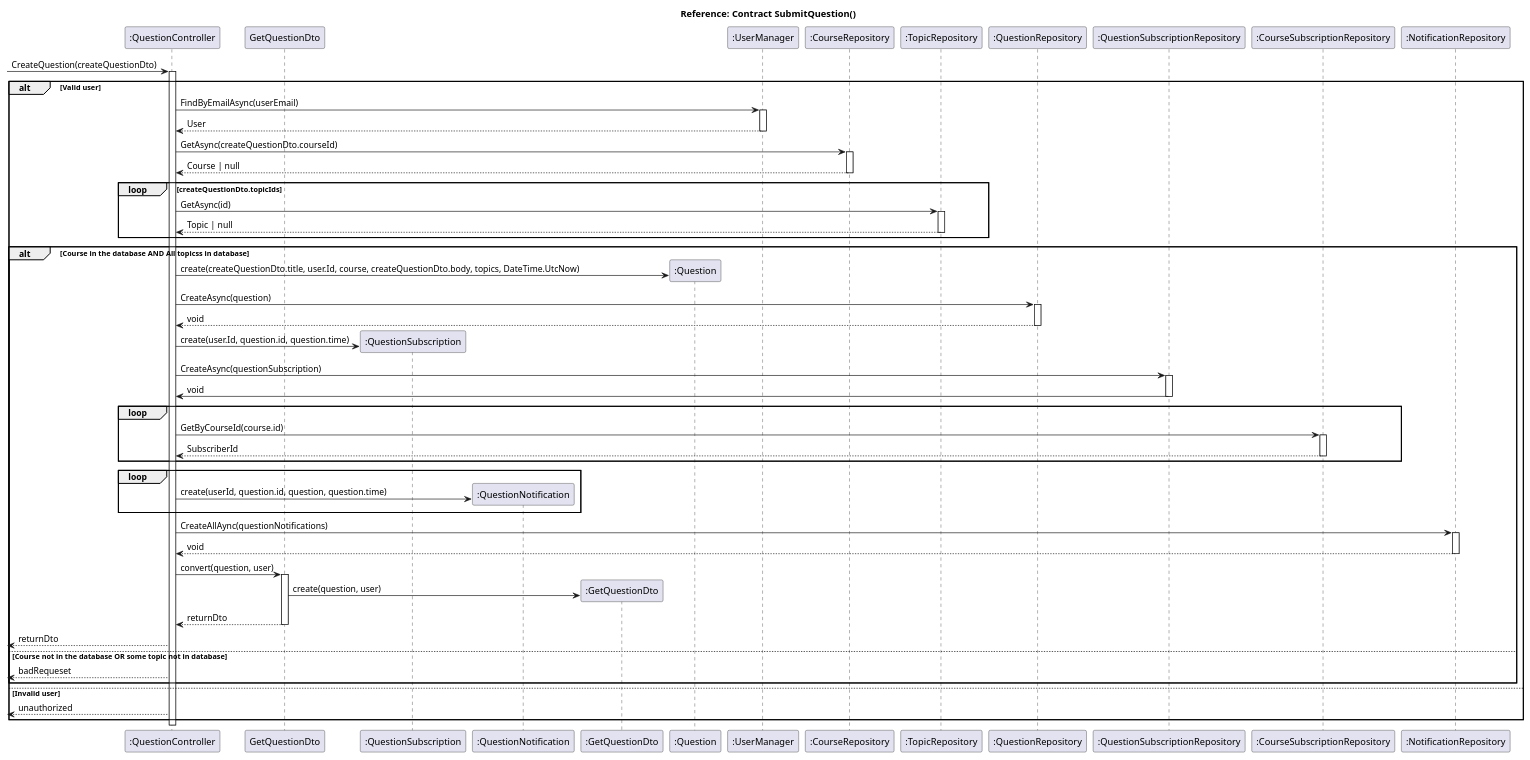
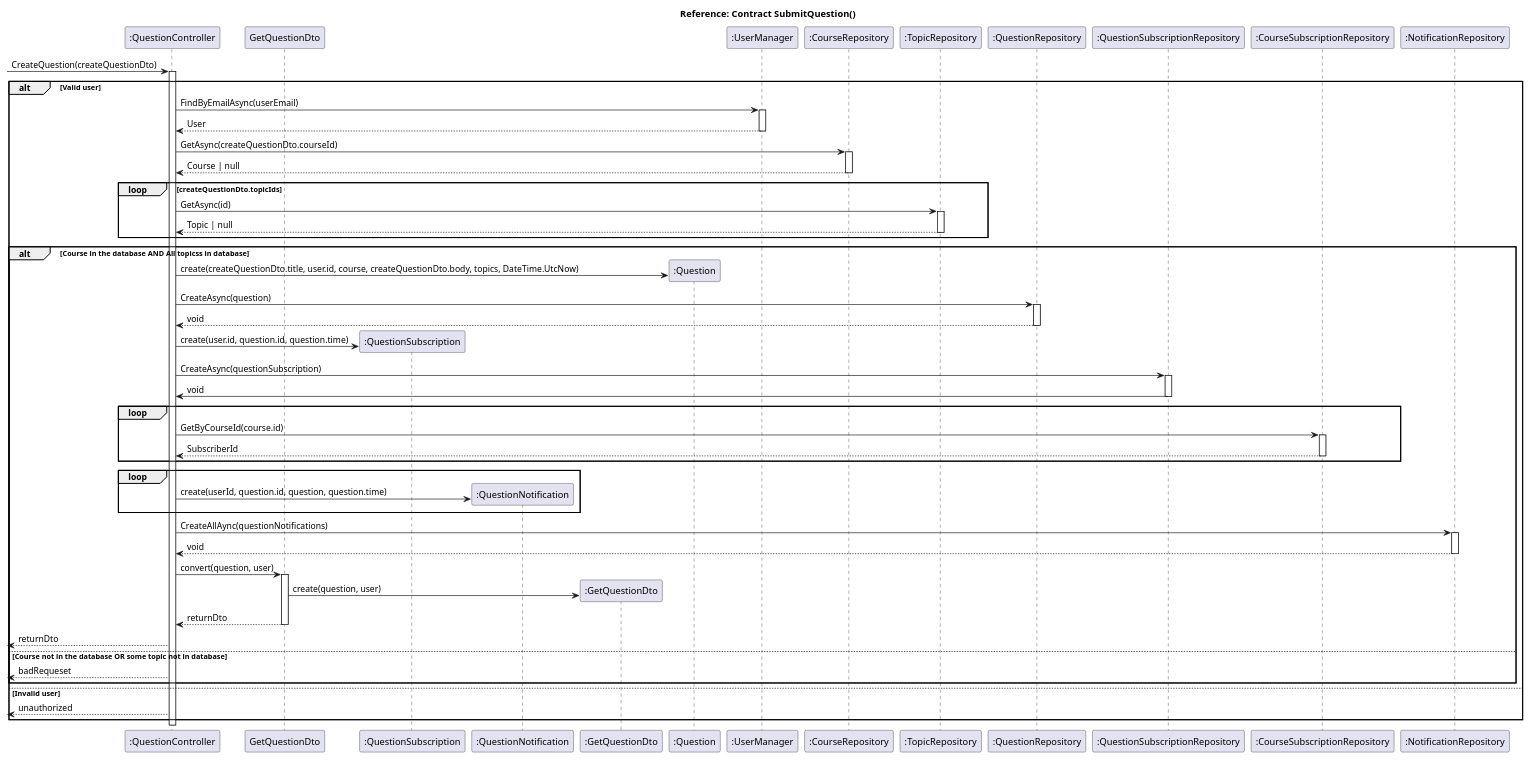
One commit to Singh-Kiran-P/StuNet changed the diagram in Diagrams/Sequence_Diagrams/ask_question.puml. Above: the diagram before and after it, drawn with PlantUML.

Commit message:
docs: Edit ask_question SD

```diff
--- a/Diagrams/Sequence_Diagrams/ask_question.puml
+++ b/Diagrams/Sequence_Diagrams/ask_question.puml
@@ -1,86 +1,86 @@
 @startuml Ask question
 participant ":QuestionController" as questionController
 participant GetQuestionDto as GetQuestionDto
 participant ":QuestionSubscription" as questionSubscription
 participant ":QuestionNotification" as questionNotification
 participant ":GetQuestionDto" as getQuestionDto
 participant ":Question" as question
 participant ":UserManager" as userManager
 participant ":CourseRepository" as courseRepository
 participant ":TopicRepository" as topicRepository
 participant ":QuestionRepository" as questionRepository
 participant ":QuestionSubscriptionRepository" as questionSubscriptionRepository
 participant ":CourseSubscriptionRepository" as courseSubscriptionRepository
 participant ":NotificationRepository" as notificationRepository
 
 ' DataContext-[hidden]->DataContext
 
 title Reference: Contract SubmitQuestion()
 
 -> questionController: CreateQuestion(createQuestionDto)
 activate questionController
 alt Valid user
 	questionController -> userManager: FindByEmailAsync(userEmail)
 	activate userManager
 	questionController <-- userManager: User
 	' TO-ASK: User|null of gewoon User?
 	deactivate userManager
 
 	questionController -> courseRepository: GetAsync(createQuestionDto.courseId)
 	activate courseRepository
 	courseRepository --> questionController: Course | null
 	deactivate courseRepository
 	
 	loop createQuestionDto.topicIds
 		questionController -> topicRepository: GetAsync(id)
 		activate topicRepository
 		topicRepository --> questionController: Topic | null
 		deactivate topicRepository
 	end
 
     alt Course in the database AND All topicss in database
-        questionController -> question **:create(createQuestionDto.title, user.Id, course, createQuestionDto.body, topics, DateTime.UtcNow)
+        questionController -> question **:create(createQuestionDto.title, user.id, course, createQuestionDto.body, topics, DateTime.UtcNow)
         'question -> questionController: question
 
         questionController -> questionRepository: CreateAsync(question)
         activate questionRepository
         questionRepository --> questionController: void
         deactivate questionRepository
 
-        questionController -> questionSubscription **:create(user.Id, question.id, question.time)
+        questionController -> questionSubscription **:create(user.id, question.id, question.time)
         'question -> questionController: question
         questionController -> questionSubscriptionRepository: CreateAsync(questionSubscription)
         activate questionSubscriptionRepository
         questionSubscriptionRepository -> questionController: void
         deactivate questionSubscriptionRepository
 
         loop
             questionController -> courseSubscriptionRepository: GetByCourseId(course.id)
             activate courseSubscriptionRepository
             courseSubscriptionRepository --> questionController: SubscriberId
             deactivate courseSubscriptionRepository
         end
 
         loop 
             questionController -> questionNotification**: create(userId, question.id, question, question.time)
         end
 
         questionController -> notificationRepository: CreateAllAync(questionNotifications)
         activate notificationRepository
         notificationRepository --> questionController: void
         deactivate notificationRepository
 
         questionController -> GetQuestionDto: convert(question, user)
         activate GetQuestionDto
         GetQuestionDto -> getQuestionDto**: create(question, user)
         GetQuestionDto --> questionController: returnDto
         deactivate GetQuestionDto
 
         <-- questionController: returnDto
     else Course not in the database OR some topic not in database 
         <-- questionController: badRequeset
     end
 else Invalid user
 <-- questionController: unauthorized
 end
 @enduml
```
